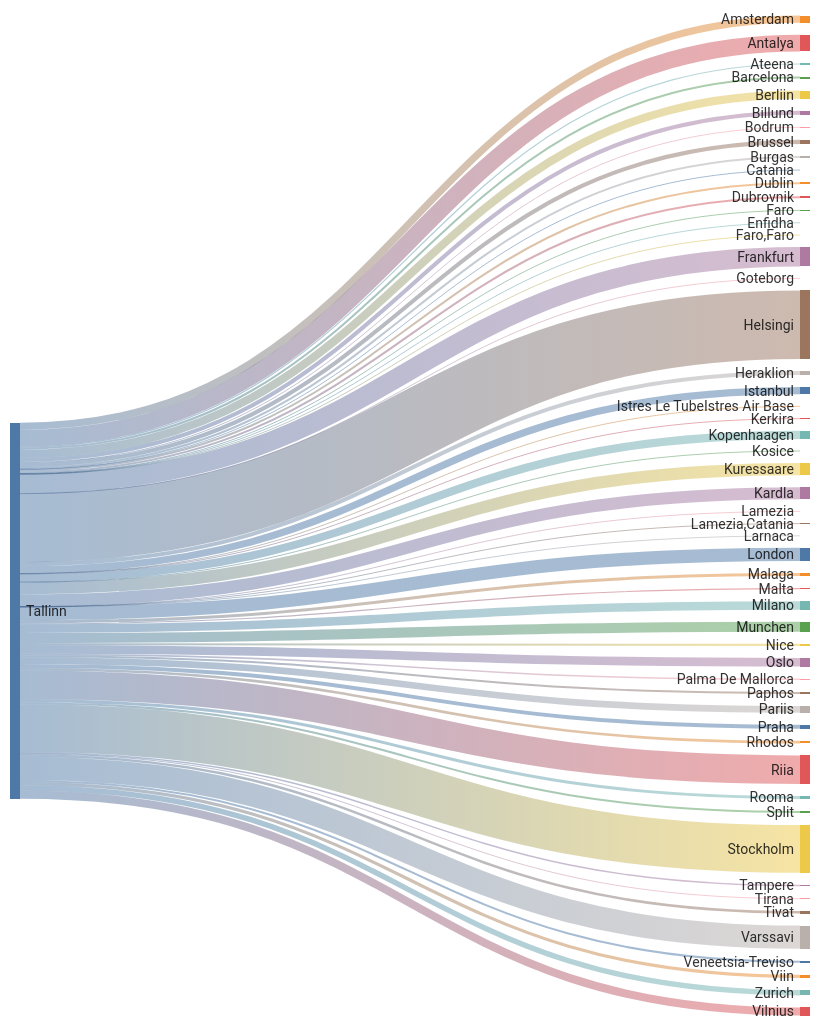
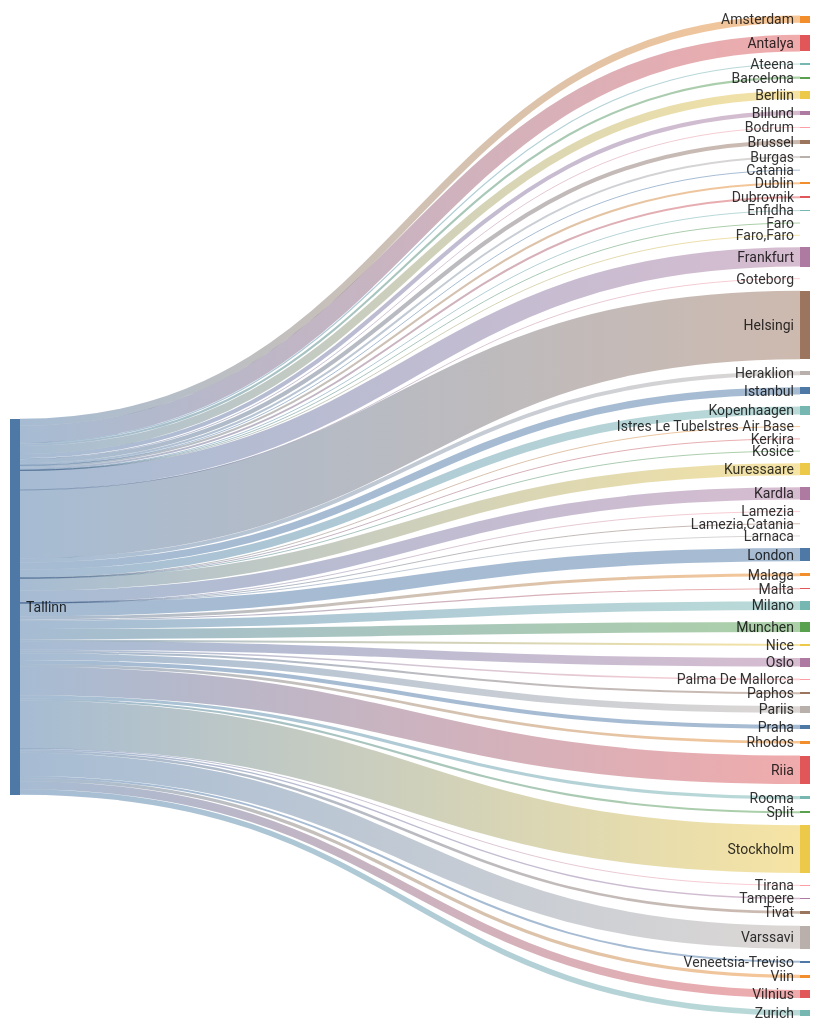
Before and after one commit to rainermesi/tll-airport-departures: the second of 2 diagrams in README.md, drawn with Mermaid. The commit also changed other lines of this file, not shown here.

````diff
--- a/README.md
+++ b/README.md
@@ -34,66 +34,66 @@
 ```mermaid
 ---
 config:
   sankey:
     showValues: false
     width: 800
     height: 1000
 ---
 sankey-beta
 %% source,target,value
-Tallinn,Amsterdam,73
-Tallinn,Antalya,172
+Tallinn,Amsterdam,74
+Tallinn,Antalya,175
 Tallinn,Ateena,12
-Tallinn,Barcelona,21
-Tallinn,Berliin,84
-Tallinn,Billund,42
+Tallinn,Barcelona,22
+Tallinn,Berliin,85
+Tallinn,Billund,43
 Tallinn,Bodrum,10
-Tallinn,Brussel,42
+Tallinn,Brussel,43
 Tallinn,Burgas,21
 Tallinn,Catania,2
-Tallinn,Dublin,21
+Tallinn,Dublin,22
 Tallinn,Dubrovnik,21
 Tallinn,Enfidha,5
-Tallinn,Faro,3
+Tallinn,Faro,4
 Tallinn,"Faro,Faro",1
-Tallinn,Frankfurt,198
+Tallinn,Frankfurt,201
 Tallinn,Goteborg,1
-Tallinn,Helsingi,704
+Tallinn,Helsingi,714
 Tallinn,Heraklion,42
-Tallinn,Istanbul,74
+Tallinn,Istanbul,76
 Tallinn,Istres Le TubeIstres Air Base,2
 Tallinn,Kerkira,4
-Tallinn,Kopenhaagen,83
+Tallinn,Kopenhaagen,84
 Tallinn,Kosice,1
-Tallinn,Kuressaare,125
-Tallinn,Kardla,125
+Tallinn,Kuressaare,127
+Tallinn,Kardla,127
 Tallinn,Lamezia,1
 Tallinn,"Lamezia,Catania",3
 Tallinn,Larnaca,1
-Tallinn,London,136
+Tallinn,London,138
 Tallinn,Malaga,31
 Tallinn,Malta,11
-Tallinn,Milano,88
-Tallinn,Munchen,104
+Tallinn,Milano,90
+Tallinn,Munchen,105
 Tallinn,Nice,21
-Tallinn,Oslo,89
+Tallinn,Oslo,90
 Tallinn,Palma De Mallorca,16
-Tallinn,Paphos,20
-Tallinn,Pariis,69
-Tallinn,Praha,41
-Tallinn,Rhodos,27
-Tallinn,Riia,293
-Tallinn,Rooma,32
-Tallinn,Split,21
-Tallinn,Stockholm,491
+Tallinn,Paphos,21
+Tallinn,Pariis,70
+Tallinn,Praha,42
+Tallinn,Rhodos,28
+Tallinn,Riia,297
+Tallinn,Rooma,33
+Tallinn,Split,22
+Tallinn,Stockholm,497
 Tallinn,Tampere,15
 Tallinn,Tirana,8
 Tallinn,Tivat,26
-Tallinn,Varssavi,238
+Tallinn,Varssavi,241
 Tallinn,Veneetsia-Treviso,21
-Tallinn,Viin,33
-Tallinn,Vilnius,83
-Tallinn,Zurich,56
+Tallinn,Viin,34
+Tallinn,Vilnius,84
+Tallinn,Zurich,57
 
 
 ```
````
